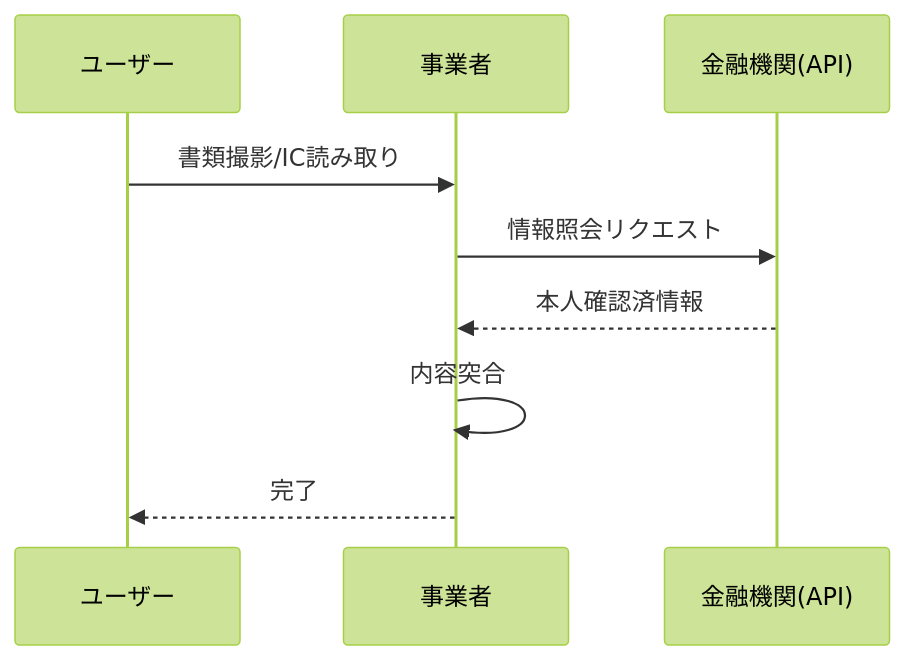
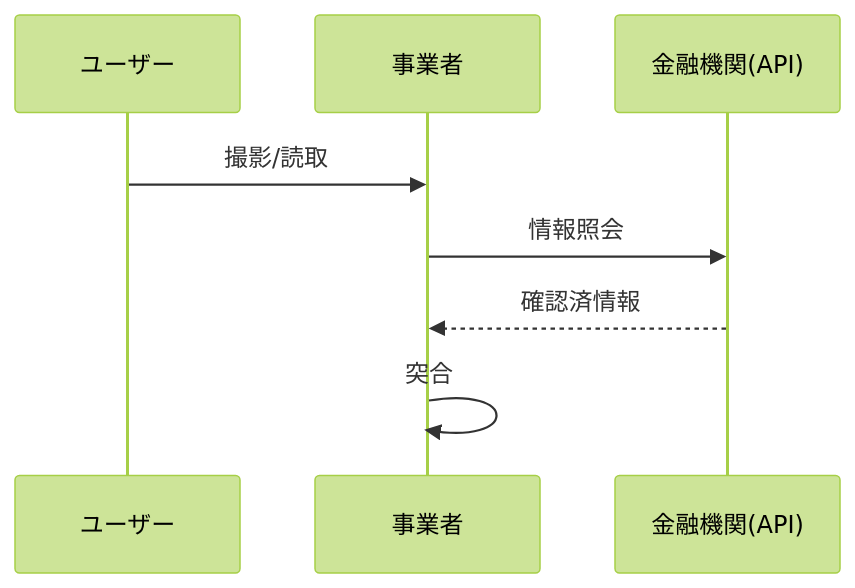
Diagram 11 of 21 in hanshuho.md (CiderH2CO3/study-hanshuho), drawn with Mermaid (forest theme) before and after one commit. The commit also changed other lines of this file and 1 other file, not shown here.

````diff
--- a/hanshuho.md
+++ b/hanshuho.md
@@ -388,11 +401,10 @@
 ```mermaid
 sequenceDiagram
     participant User as ユーザー
     participant Biz as 事業者
     participant Bank as 金融機関(API)
-    User->>Biz: 書類撮影/IC読み取り
-    Biz->>Bank: 情報照会リクエスト
-    Bank-->>Biz: 本人確認済情報
-    Biz->>Biz: 内容突合
-    Biz-->>User: 完了
+    User->>Biz: 撮影/読取
+    Biz->>Bank: 情報照会
+    Bank-->>Biz: 確認済情報
+    Biz->>Biz: 突合
 ```
````
